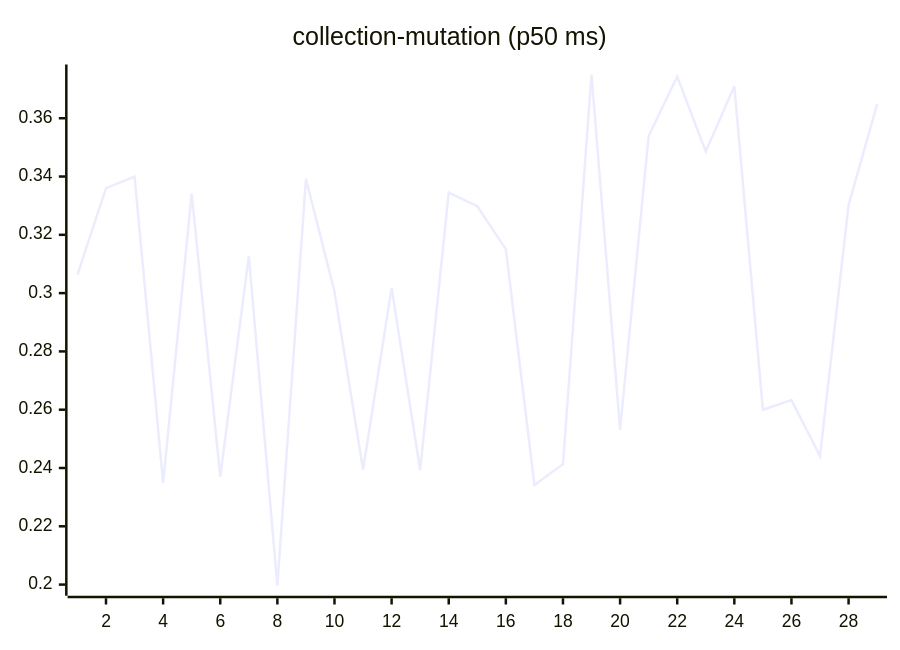
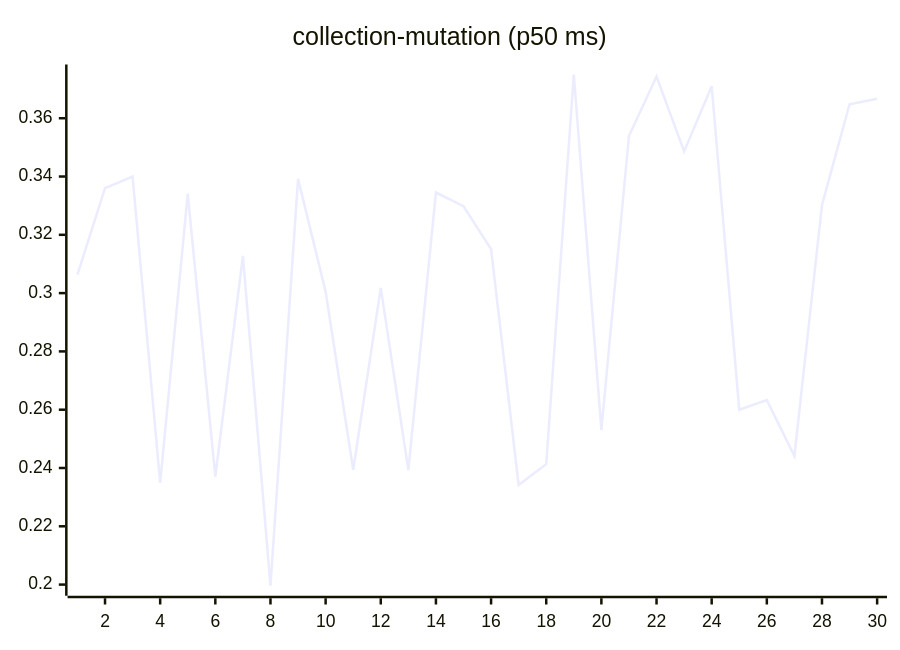
Before and after one commit to josha/Facet: the sixth of 27 diagrams in README.md, drawn with Mermaid. The commit also changed other lines of this file and 2 other files, not shown here.

````diff
--- a/README.md
+++ b/README.md
@@ -98,6 +98,6 @@
 ```mermaid
 xychart-beta
     title "collection-mutation (p50 ms)"
-    x-axis 1 --> 29
-    line [0.3063, 0.3360, 0.3400, 0.2349, 0.3341, 0.2370, 0.3128, 0.1996, 0.3392, 0.3005, 0.2394, 0.3018, 0.2393, 0.3345, 0.3298, 0.3151, 0.2342, 0.2413, 0.3750, 0.2531, 0.3539, 0.3743, 0.3486, 0.3710, 0.2600, 0.2633, 0.2441, 0.3302, 0.3648]
+    x-axis 1 --> 30
+    line [0.3063, 0.3360, 0.3400, 0.2349, 0.3341, 0.2370, 0.3128, 0.1996, 0.3392, 0.3005, 0.2394, 0.3018, 0.2393, 0.3345, 0.3298, 0.3151, 0.2342, 0.2413, 0.3750, 0.2531, 0.3539, 0.3743, 0.3486, 0.3710, 0.2600, 0.2633, 0.2441, 0.3302, 0.3648, 0.3667]
 ```
````
